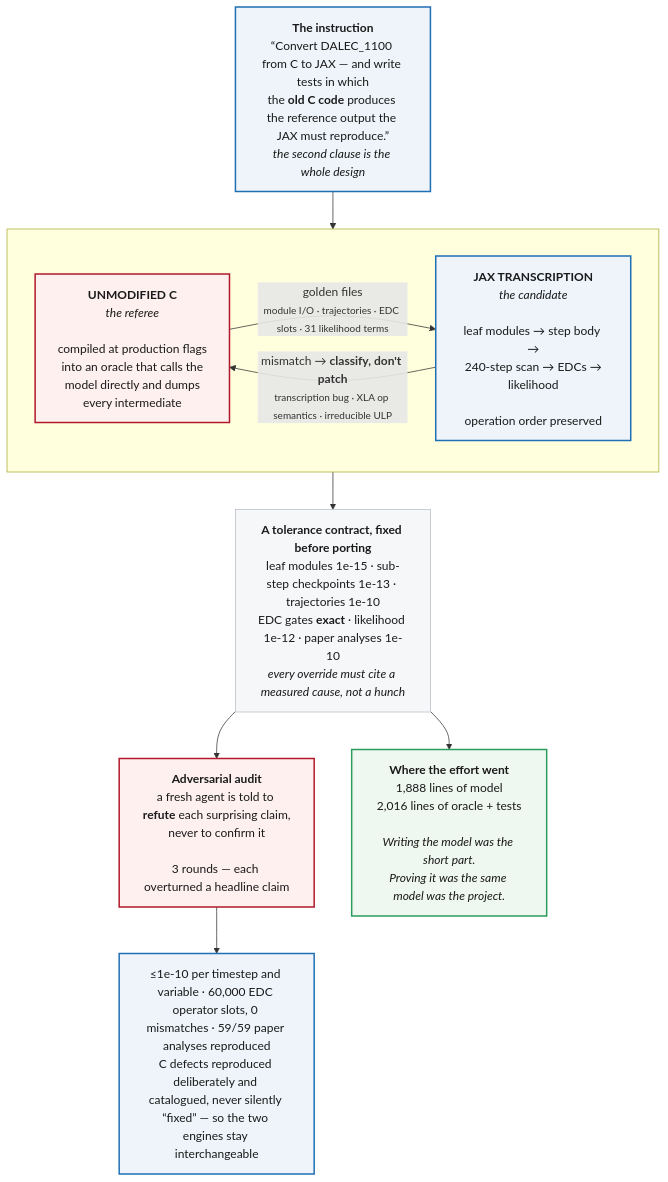
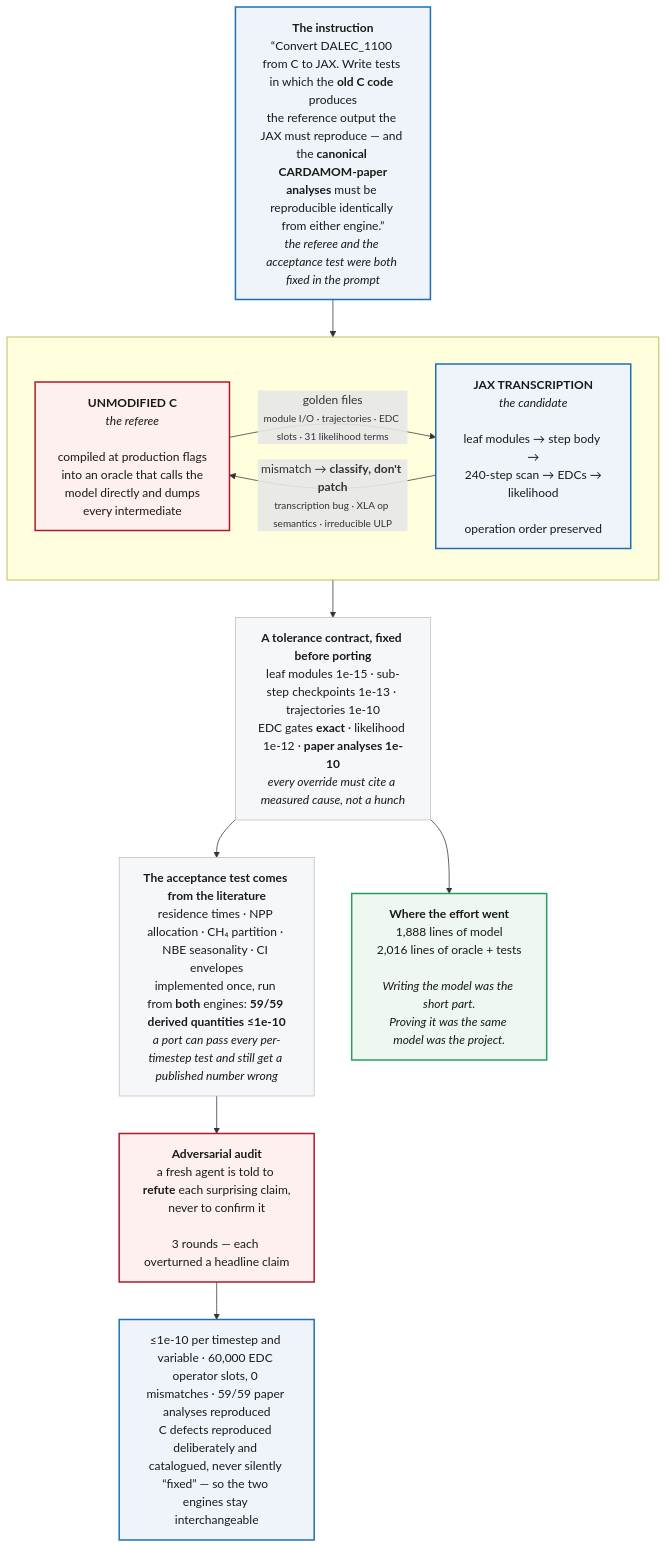
One commit to sudshu/CARDAMOM changed the first of 2 diagrams in PYTHON/dalec_jax/docs/CONCEPTS.md. Above: the diagram before and after it, drawn with Mermaid. The commit also changed other lines of this file and 1 other file, not shown here.

First line of the commit message:
docs: the CARDAMOM papers are the acceptance test — Mermaid flowchart updated

````diff
--- a/PYTHON/dalec_jax/docs/CONCEPTS.md
+++ b/PYTHON/dalec_jax/docs/CONCEPTS.md
@@ -14,32 +14,34 @@
 ```mermaid
 flowchart TB
-    ASK["<b>The instruction</b><br/>“Convert DALEC_1100 from C to JAX — and write tests in which<br/>the <b>old C code</b> produces the reference output the JAX must reproduce.”<br/><i>the second clause is the whole design</i>"]
+    ASK["<b>The instruction</b><br/>“Convert DALEC_1100 from C to JAX. Write tests in which the <b>old C code</b> produces<br/>the reference output the JAX must reproduce — and the <b>canonical CARDAMOM-paper<br/>analyses</b> must be reproducible identically from either engine.”<br/><i>the referee and the acceptance test were both fixed in the prompt</i>"]
 
     subgraph LOOP [" "]
         direction LR
         C["<b>UNMODIFIED C</b><br/><i>the referee</i><br/><br/>compiled at production flags<br/>into an oracle that calls the<br/>model directly and dumps<br/>every intermediate"]
         J["<b>JAX TRANSCRIPTION</b><br/><i>the candidate</i><br/><br/>leaf modules → step body →<br/>240-step scan → EDCs →<br/>likelihood<br/><br/>operation order preserved"]
         C -- "golden files<br/><small>module I/O · trajectories · EDC slots · 31 likelihood terms</small>" --> J
         J -- "mismatch → <b>classify, don't patch</b><br/><small>transcription bug · XLA op semantics · irreducible ULP</small>" --> C
     end
 
-    GATE["<b>A tolerance contract, fixed before porting</b><br/>leaf modules 1e-15 · sub-step checkpoints 1e-13 · trajectories 1e-10<br/>EDC gates <b>exact</b> · likelihood 1e-12 · paper analyses 1e-10<br/><i>every override must cite a measured cause, not a hunch</i>"]
+    GATE["<b>A tolerance contract, fixed before porting</b><br/>leaf modules 1e-15 · sub-step checkpoints 1e-13 · trajectories 1e-10<br/>EDC gates <b>exact</b> · likelihood 1e-12 · <b>paper analyses 1e-10</b><br/><i>every override must cite a measured cause, not a hunch</i>"]
+
+    PAPERS["<b>The acceptance test comes from the literature</b><br/>residence times · NPP allocation · CH₄ partition · NBE seasonality · CI envelopes<br/>implemented once, run from <b>both</b> engines: <b>59/59 derived quantities ≤1e-10</b><br/><i>a port can pass every per-timestep test and still get a published number wrong</i>"]
 
     AUDIT["<b>Adversarial audit</b><br/>a fresh agent is told to <b>refute</b> each surprising claim,<br/>never to confirm it<br/><br/>3 rounds — each overturned a headline claim"]
 
     EFFORT["<b>Where the effort went</b><br/>1,888 lines of model<br/>2,016 lines of oracle + tests<br/><br/><i>Writing the model was the short part.<br/>Proving it was the same model was the project.</i>"]
 
     OUT["≤1e-10 per timestep and variable · 60,000 EDC operator slots, 0 mismatches · 59/59 paper analyses reproduced<br/>C defects reproduced deliberately and catalogued, never silently “fixed” — so the two engines stay interchangeable"]
 
-    ASK --> LOOP --> GATE --> AUDIT --> OUT
+    ASK --> LOOP --> GATE --> PAPERS --> AUDIT --> OUT
     GATE --> EFFORT
 
     classDef ref fill:#fdf0ef,stroke:#b2182b,stroke-width:2px,color:#1a1a1a
     classDef cand fill:#eef4fa,stroke:#1f6fb4,stroke-width:2px,color:#1a1a1a
     classDef neutral fill:#f6f7f8,stroke:#b9bfc6,color:#1a1a1a
     classDef good fill:#eef7f0,stroke:#2a9d5c,stroke-width:2px,color:#1a1a1a
     class C,AUDIT ref
     class J,ASK,OUT cand
-    class GATE neutral
+    class GATE,PAPERS neutral
     class EFFORT good
 ```
````
